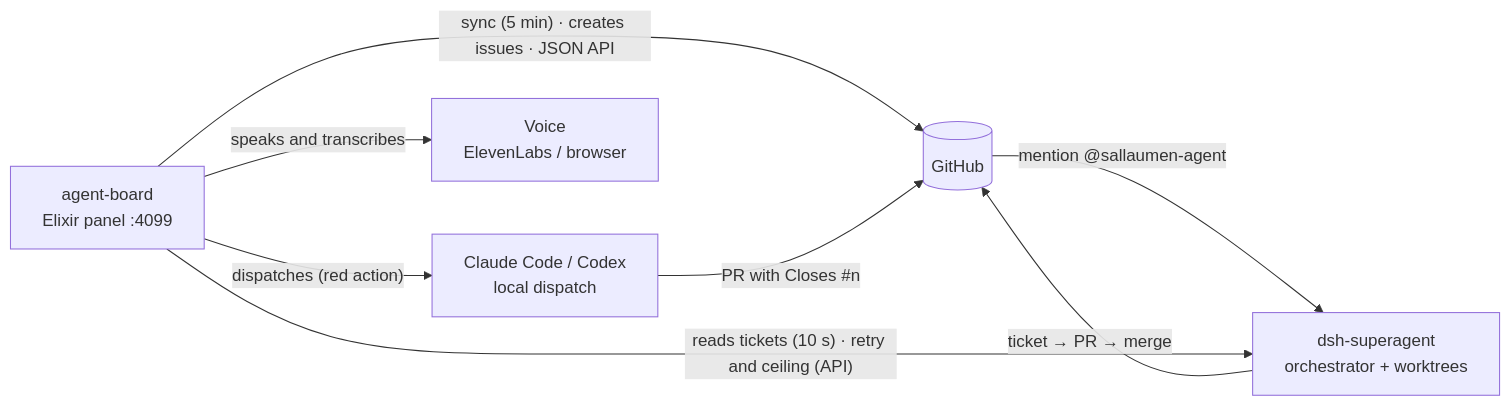
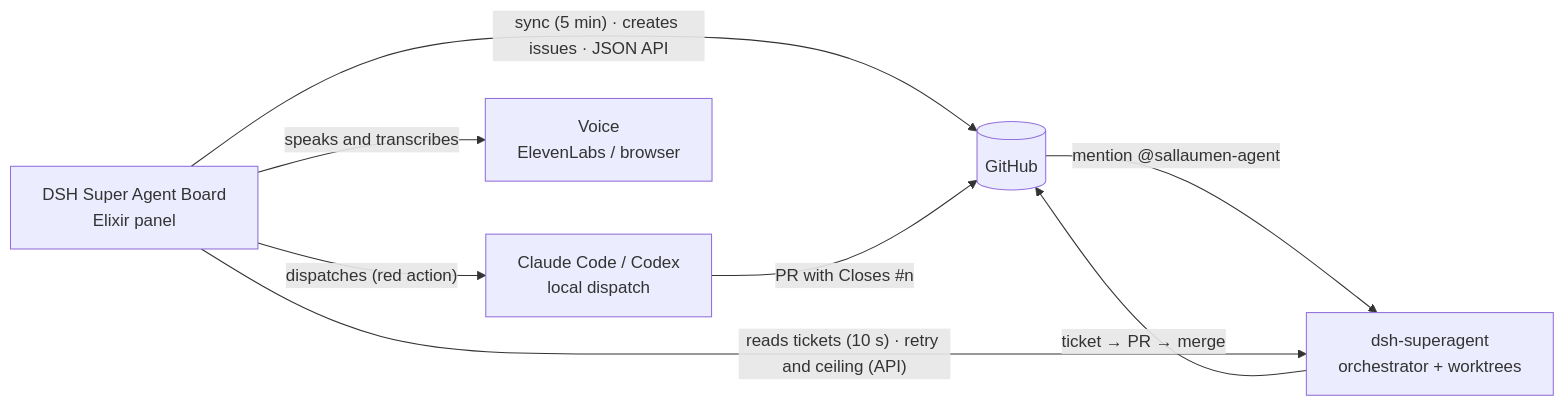
Before and after one commit to sallaumen/dsh-superagent-superboard: the diagram in docs/README.md, drawn with Mermaid. The commit also changed other lines of this file and 5 other files, not shown here.

Commit message:
Present the board and its architecture for new readers

````diff
--- a/docs/README.md
+++ b/docs/README.md
@@ -12,16 +12,16 @@
 ```mermaid
 flowchart LR
     GH[(GitHub)]
     A[dsh-superagent<br/>orchestrator + worktrees]
-    B[agent-board<br/>Elixir panel :4099]
+    B[DSH Super Agent Board<br/>Elixir panel]
     E[Claude Code / Codex<br/>local dispatch]
     V[Voice<br/>ElevenLabs / browser]
 
     GH -- "mention @sallaumen-agent" --> A
     A -- "ticket → PR → merge" --> GH
     B -- "sync (5 min) · creates issues · JSON API" --> GH
     B -- "reads tickets (10 s) · retry and ceiling (API)" --> A
     B -- "dispatches (red action)" --> E
     E -- "PR with Closes #n" --> GH
     B -- "speaks and transcribes" --> V
 ```
````
